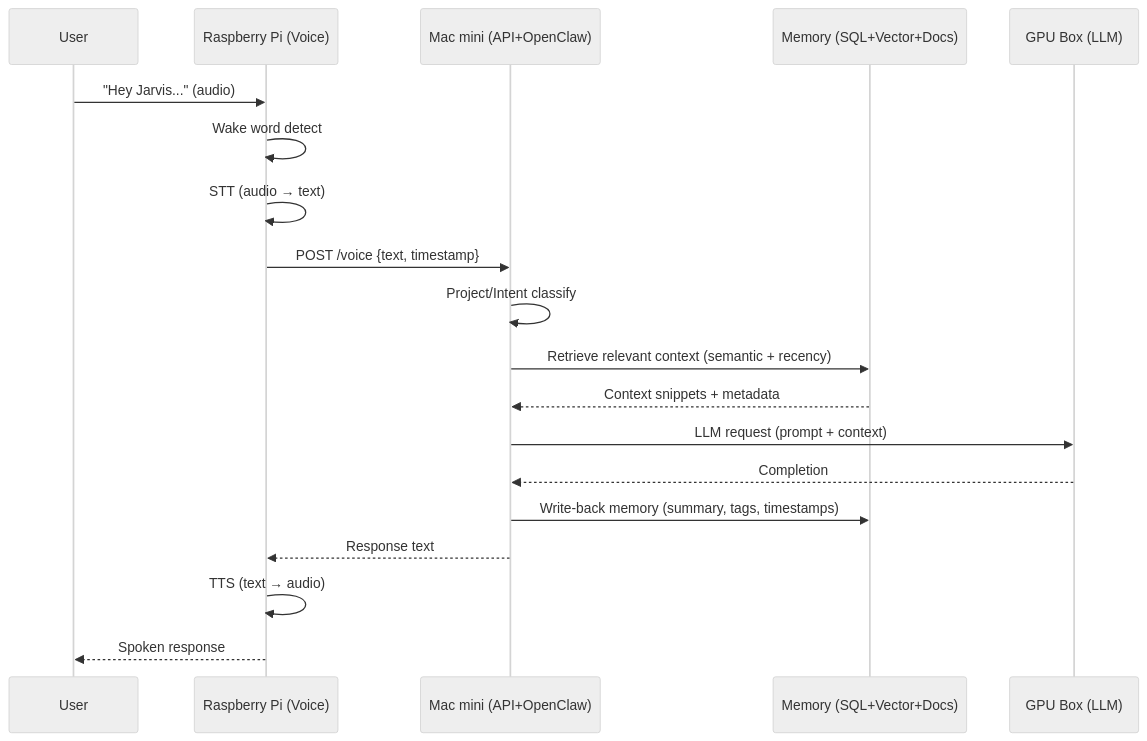
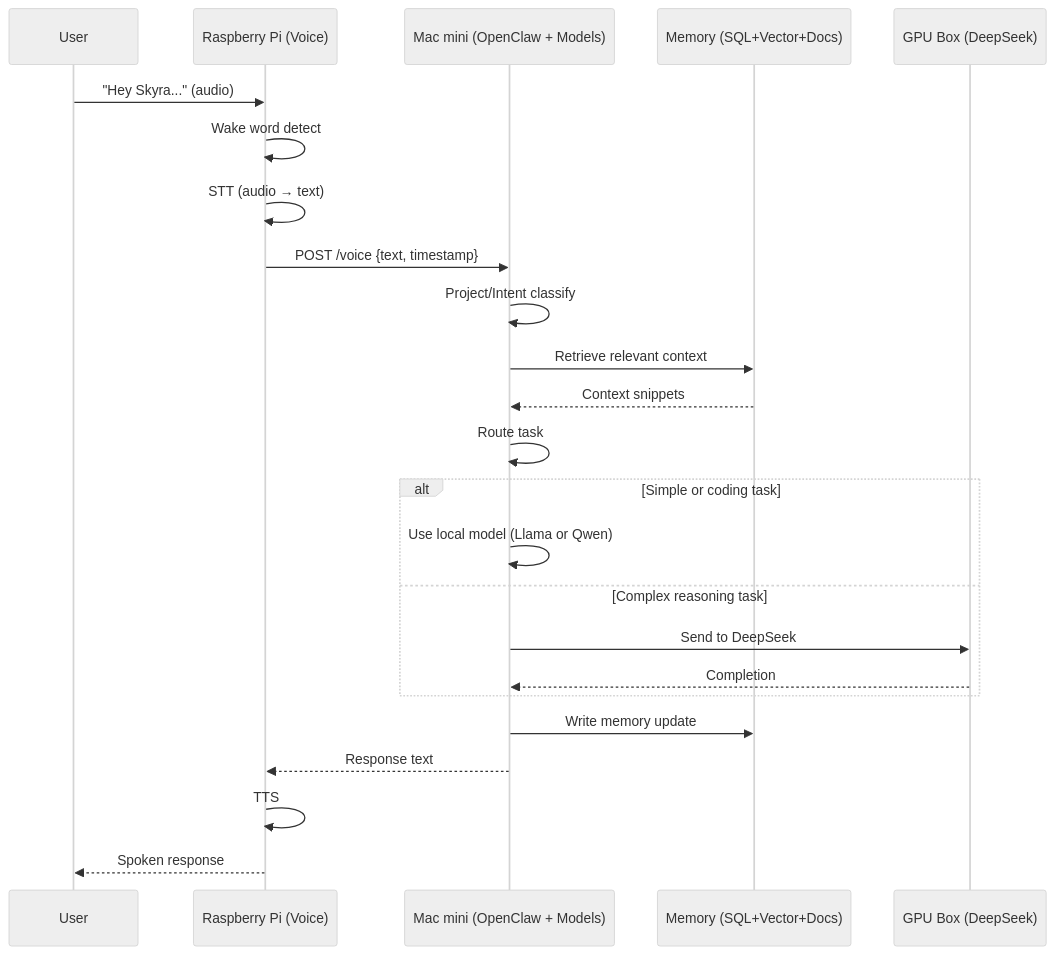
One commit to m-scanlon/tony-stark-was-able-tobuild-this-in-a-cave changed the second of 2 diagrams in docs/arch/v1/scyra.md. Above: the diagram before and after it, drawn with Mermaid (neutral theme). The commit also changed other lines of this file and 2 other files, not shown here.

First line of the commit message:
Add comprehensive README and architecture documentation

````diff
--- a/docs/arch/v1/scyra.md
+++ b/docs/arch/v1/scyra.md
@@ -67,22 +106,30 @@
 ```mermaid
 sequenceDiagram
   participant User
   participant Pi as Raspberry Pi (Voice)
-  participant Mac as Mac mini (API+OpenClaw)
+  participant Mac as Mac mini (OpenClaw + Models)
   participant DB as Memory (SQL+Vector+Docs)
-  participant GPU as GPU Box (LLM)
+  participant GPU as GPU Box (DeepSeek)
 
-  User->>Pi: "Hey Jarvis..." (audio)
+  User->>Pi: "Hey Skyra..." (audio)
   Pi->>Pi: Wake word detect
   Pi->>Pi: STT (audio → text)
   Pi->>Mac: POST /voice {text, timestamp}
+
   Mac->>Mac: Project/Intent classify
-  Mac->>DB: Retrieve relevant context (semantic + recency)
-  DB-->>Mac: Context snippets + metadata
-  Mac->>GPU: LLM request (prompt + context)
-  GPU-->>Mac: Completion
-  Mac->>DB: Write-back memory (summary, tags, timestamps)
+  Mac->>DB: Retrieve relevant context
+  DB-->>Mac: Context snippets
+
+  Mac->>Mac: Route task
+  alt Simple or coding task
+    Mac->>Mac: Use local model (Llama or Qwen)
+  else Complex reasoning task
+    Mac->>GPU: Send to DeepSeek
+    GPU-->>Mac: Completion
+  end
+
+  Mac->>DB: Write memory update
   Mac-->>Pi: Response text
-  Pi->>Pi: TTS (text → audio)
+  Pi->>Pi: TTS
   Pi-->>User: Spoken response
 ```
````
